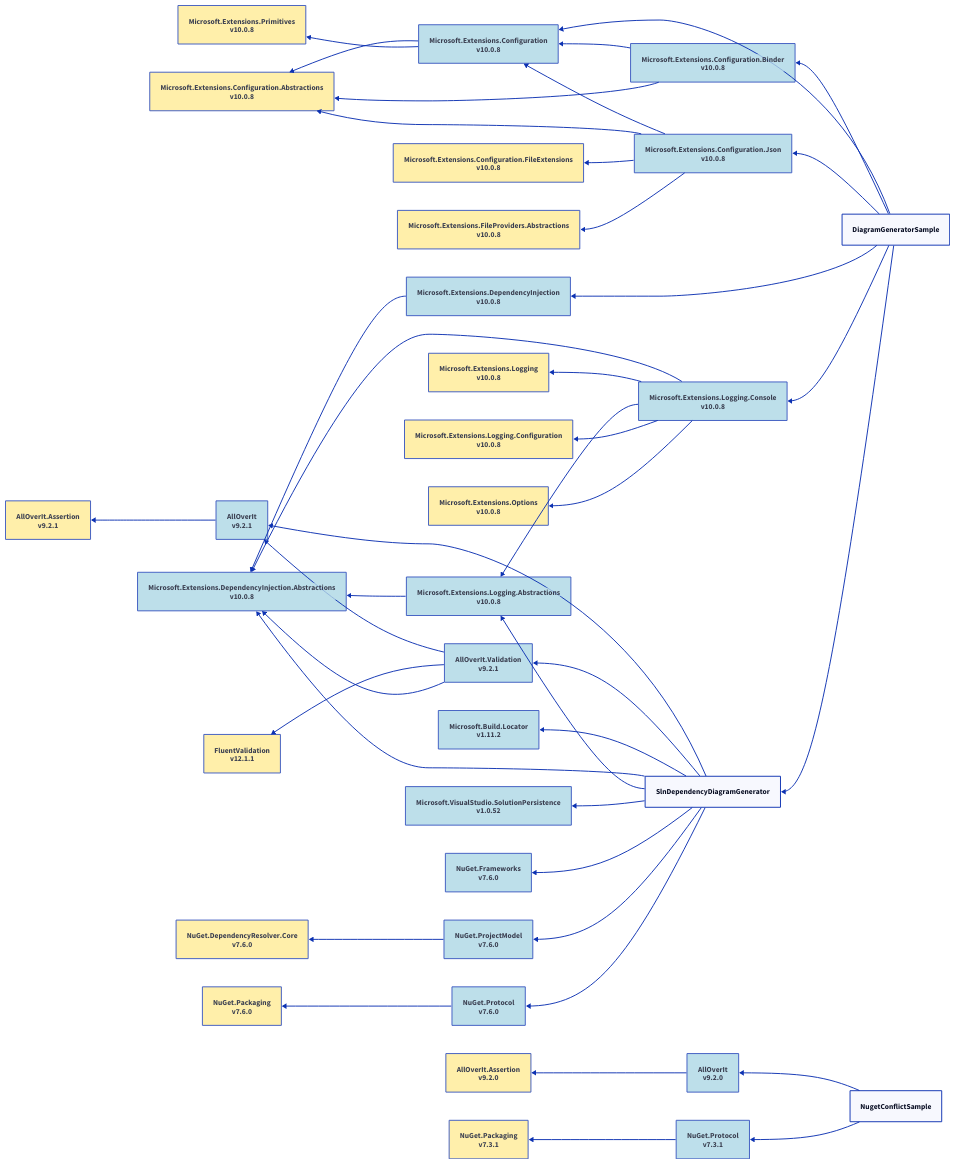
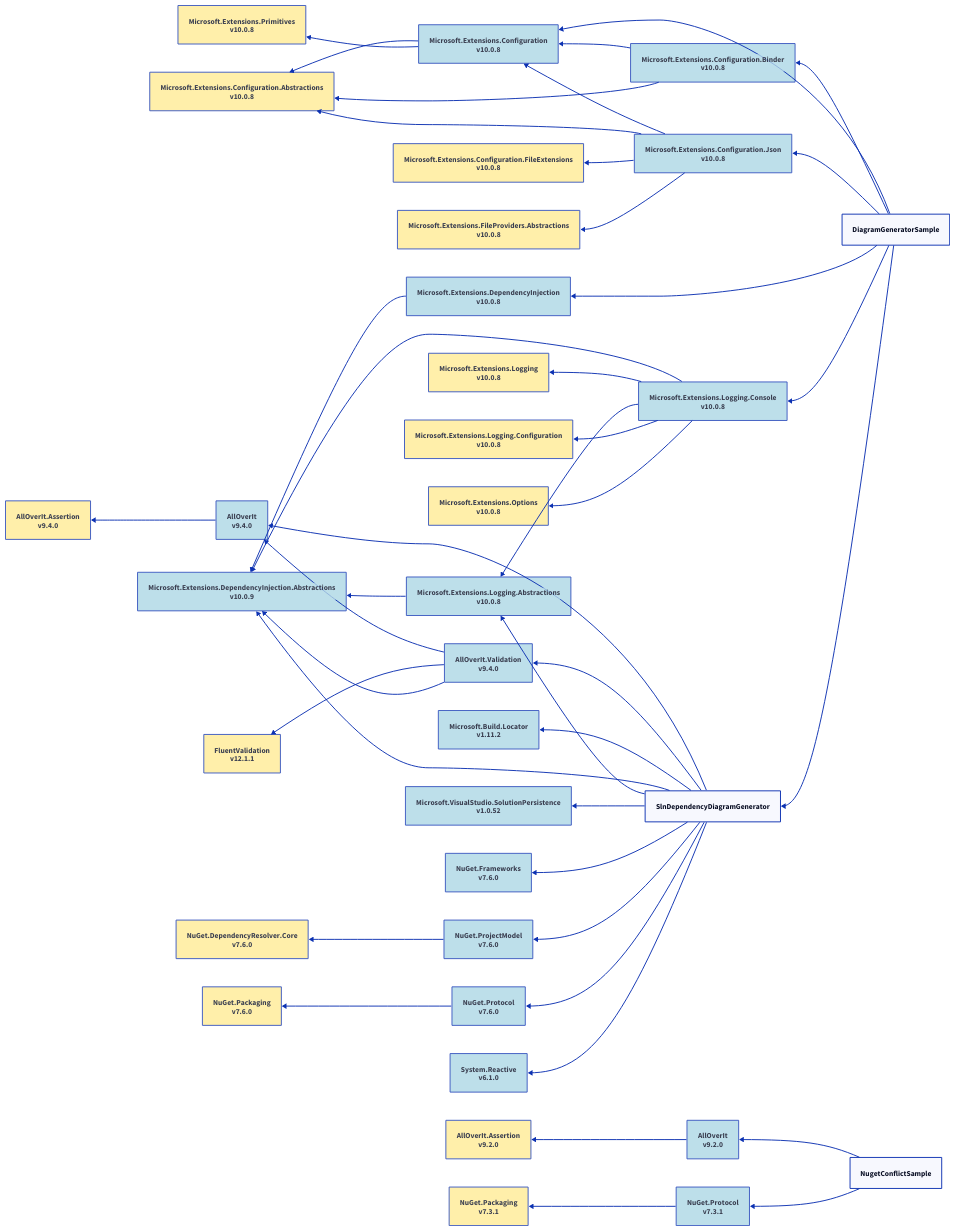
The diagram in Samples/Output/net10.0/d2/dependency-diagram-generator-all.d2 (mjfreelancing/SlnDependencyDiagramGenerator), drawn with D2 before and after one commit. The commit also changed 62 other files, not shown here.

Commit message:
Sample diagram updates

```diff
--- a/Samples/Output/net10.0/d2/dependency-diagram-generator-all.d2
+++ b/Samples/Output/net10.0/d2/dependency-diagram-generator-all.d2
@@ -1,132 +1,136 @@
 direction: left
 
 diagramgeneratorsample: DiagramGeneratorSample
 microsoft-extensions-configuration_10-0-8: Microsoft.Extensions.Configuration\nv10.0.8
 microsoft-extensions-configuration-abstractions_10-0-8: Microsoft.Extensions.Configuration.Abstractions\nv10.0.8
 microsoft-extensions-primitives_10-0-8: Microsoft.Extensions.Primitives\nv10.0.8
 microsoft-extensions-configuration-binder_10-0-8: Microsoft.Extensions.Configuration.Binder\nv10.0.8
 microsoft-extensions-configuration-json_10-0-8: Microsoft.Extensions.Configuration.Json\nv10.0.8
 microsoft-extensions-configuration-fileextensions_10-0-8: Microsoft.Extensions.Configuration.FileExtensions\nv10.0.8
 microsoft-extensions-fileproviders-abstractions_10-0-8: Microsoft.Extensions.FileProviders.Abstractions\nv10.0.8
 microsoft-extensions-dependencyinjection_10-0-8: Microsoft.Extensions.DependencyInjection\nv10.0.8
-microsoft-extensions-dependencyinjection-abstractions_10-0-8: Microsoft.Extensions.DependencyInjection.Abstractions\nv10.0.8
+microsoft-extensions-dependencyinjection-abstractions_10-0-9: Microsoft.Extensions.DependencyInjection.Abstractions\nv10.0.9
 microsoft-extensions-logging-console_10-0-8: Microsoft.Extensions.Logging.Console\nv10.0.8
 microsoft-extensions-logging_10-0-8: Microsoft.Extensions.Logging\nv10.0.8
 microsoft-extensions-logging-abstractions_10-0-8: Microsoft.Extensions.Logging.Abstractions\nv10.0.8
 microsoft-extensions-logging-configuration_10-0-8: Microsoft.Extensions.Logging.Configuration\nv10.0.8
 microsoft-extensions-options_10-0-8: Microsoft.Extensions.Options\nv10.0.8
 slndependencydiagramgenerator: SlnDependencyDiagramGenerator
-alloverit_9-2-1: AllOverIt\nv9.2.1
-alloverit-assertion_9-2-1: AllOverIt.Assertion\nv9.2.1
-alloverit-validation_9-2-1: AllOverIt.Validation\nv9.2.1
+alloverit_9-4-0: AllOverIt\nv9.4.0
+alloverit-assertion_9-4-0: AllOverIt.Assertion\nv9.4.0
+alloverit-validation_9-4-0: AllOverIt.Validation\nv9.4.0
 fluentvalidation_12-1-1: FluentValidation\nv12.1.1
 microsoft-build-locator_1-11-2: Microsoft.Build.Locator\nv1.11.2
 microsoft-visualstudio-solutionpersistence_1-0-52: Microsoft.VisualStudio.SolutionPersistence\nv1.0.52
 nuget-frameworks_7-6-0: NuGet.Frameworks\nv7.6.0
 nuget-projectmodel_7-6-0: NuGet.ProjectModel\nv7.6.0
 nuget-dependencyresolver-core_7-6-0: NuGet.DependencyResolver.Core\nv7.6.0
 nuget-protocol_7-6-0: NuGet.Protocol\nv7.6.0
 nuget-packaging_7-6-0: NuGet.Packaging\nv7.6.0
+system-reactive_6-1-0: System.Reactive\nv6.1.0
 nugetconflictsample: NugetConflictSample
 alloverit_9-2-0: AllOverIt\nv9.2.0
 alloverit-assertion_9-2-0: AllOverIt.Assertion\nv9.2.0
 nuget-protocol_7-3-1: NuGet.Protocol\nv7.3.1
 nuget-packaging_7-3-1: NuGet.Packaging\nv7.3.1
 microsoft-extensions-configuration_10-0-8 <- diagramgeneratorsample
 microsoft-extensions-configuration-abstractions_10-0-8 <- microsoft-extensions-configuration_10-0-8
 microsoft-extensions-primitives_10-0-8 <- microsoft-extensions-configuration_10-0-8
 microsoft-extensions-configuration-binder_10-0-8 <- diagramgeneratorsample
 microsoft-extensions-configuration_10-0-8 <- microsoft-extensions-configuration-binder_10-0-8
 microsoft-extensions-configuration-abstractions_10-0-8 <- microsoft-extensions-configuration-binder_10-0-8
 microsoft-extensions-configuration-json_10-0-8 <- diagramgeneratorsample
 microsoft-extensions-configuration_10-0-8 <- microsoft-extensions-configuration-json_10-0-8
 microsoft-extensions-configuration-abstractions_10-0-8 <- microsoft-extensions-configuration-json_10-0-8
 microsoft-extensions-configuration-fileextensions_10-0-8 <- microsoft-extensions-configuration-json_10-0-8
 microsoft-extensions-fileproviders-abstractions_10-0-8 <- microsoft-extensions-configuration-json_10-0-8
 microsoft-extensions-dependencyinjection_10-0-8 <- diagramgeneratorsample
-microsoft-extensions-dependencyinjection-abstractions_10-0-8 <- microsoft-extensions-dependencyinjection_10-0-8
+microsoft-extensions-dependencyinjection-abstractions_10-0-9 <- microsoft-extensions-dependencyinjection_10-0-8
 microsoft-extensions-logging-console_10-0-8 <- diagramgeneratorsample
-microsoft-extensions-dependencyinjection-abstractions_10-0-8 <- microsoft-extensions-logging-console_10-0-8
+microsoft-extensions-dependencyinjection-abstractions_10-0-9 <- microsoft-extensions-logging-console_10-0-8
 microsoft-extensions-logging_10-0-8 <- microsoft-extensions-logging-console_10-0-8
 microsoft-extensions-logging-abstractions_10-0-8 <- microsoft-extensions-logging-console_10-0-8
 microsoft-extensions-logging-configuration_10-0-8 <- microsoft-extensions-logging-console_10-0-8
 microsoft-extensions-options_10-0-8 <- microsoft-extensions-logging-console_10-0-8
 slndependencydiagramgenerator <- diagramgeneratorsample
-alloverit_9-2-1 <- slndependencydiagramgenerator
-alloverit-assertion_9-2-1 <- alloverit_9-2-1
-alloverit-validation_9-2-1 <- slndependencydiagramgenerator
-alloverit_9-2-1 <- alloverit-validation_9-2-1
-fluentvalidation_12-1-1 <- alloverit-validation_9-2-1
-microsoft-extensions-dependencyinjection-abstractions_10-0-8 <- alloverit-validation_9-2-1
+alloverit_9-4-0 <- slndependencydiagramgenerator
+alloverit-assertion_9-4-0 <- alloverit_9-4-0
+alloverit-validation_9-4-0 <- slndependencydiagramgenerator
+alloverit_9-4-0 <- alloverit-validation_9-4-0
+fluentvalidation_12-1-1 <- alloverit-validation_9-4-0
+microsoft-extensions-dependencyinjection-abstractions_10-0-9 <- alloverit-validation_9-4-0
 microsoft-build-locator_1-11-2 <- slndependencydiagramgenerator
-microsoft-extensions-dependencyinjection-abstractions_10-0-8 <- slndependencydiagramgenerator
+microsoft-extensions-dependencyinjection-abstractions_10-0-9 <- slndependencydiagramgenerator
 microsoft-extensions-logging-abstractions_10-0-8 <- slndependencydiagramgenerator
-microsoft-extensions-dependencyinjection-abstractions_10-0-8 <- microsoft-extensions-logging-abstractions_10-0-8
+microsoft-extensions-dependencyinjection-abstractions_10-0-9 <- microsoft-extensions-logging-abstractions_10-0-8
 microsoft-visualstudio-solutionpersistence_1-0-52 <- slndependencydiagramgenerator
 nuget-frameworks_7-6-0 <- slndependencydiagramgenerator
 nuget-projectmodel_7-6-0 <- slndependencydiagramgenerator
 nuget-dependencyresolver-core_7-6-0 <- nuget-projectmodel_7-6-0
 nuget-protocol_7-6-0 <- slndependencydiagramgenerator
 nuget-packaging_7-6-0 <- nuget-protocol_7-6-0
+system-reactive_6-1-0 <- slndependencydiagramgenerator
 alloverit_9-2-0 <- nugetconflictsample
 alloverit-assertion_9-2-0 <- alloverit_9-2-0
 nuget-protocol_7-3-1 <- nugetconflictsample
 nuget-packaging_7-3-1 <- nuget-protocol_7-3-1
 microsoft-extensions-configuration_10-0-8.style.fill: "#ADD8E6"
 microsoft-extensions-configuration_10-0-8.style.opacity: 0.8
 microsoft-extensions-configuration-abstractions_10-0-8.style.fill: "#FFEC96"
 microsoft-extensions-configuration-abstractions_10-0-8.style.opacity: 0.8
 microsoft-extensions-primitives_10-0-8.style.fill: "#FFEC96"
 microsoft-extensions-primitives_10-0-8.style.opacity: 0.8
 microsoft-extensions-configuration-binder_10-0-8.style.fill: "#ADD8E6"
 microsoft-extensions-configuration-binder_10-0-8.style.opacity: 0.8
 microsoft-extensions-configuration-json_10-0-8.style.fill: "#ADD8E6"
 microsoft-extensions-configuration-json_10-0-8.style.opacity: 0.8
 microsoft-extensions-configuration-fileextensions_10-0-8.style.fill: "#FFEC96"
 microsoft-extensions-configuration-fileextensions_10-0-8.style.opacity: 0.8
 microsoft-extensions-fileproviders-abstractions_10-0-8.style.fill: "#FFEC96"
 microsoft-extensions-fileproviders-abstractions_10-0-8.style.opacity: 0.8
 microsoft-extensions-dependencyinjection_10-0-8.style.fill: "#ADD8E6"
 microsoft-extensions-dependencyinjection_10-0-8.style.opacity: 0.8
-microsoft-extensions-dependencyinjection-abstractions_10-0-8.style.fill: "#ADD8E6"
-microsoft-extensions-dependencyinjection-abstractions_10-0-8.style.opacity: 0.8
+microsoft-extensions-dependencyinjection-abstractions_10-0-9.style.fill: "#ADD8E6"
+microsoft-extensions-dependencyinjection-abstractions_10-0-9.style.opacity: 0.8
 microsoft-extensions-logging-console_10-0-8.style.fill: "#ADD8E6"
 microsoft-extensions-logging-console_10-0-8.style.opacity: 0.8
 microsoft-extensions-logging_10-0-8.style.fill: "#FFEC96"
 microsoft-extensions-logging_10-0-8.style.opacity: 0.8
 microsoft-extensions-logging-abstractions_10-0-8.style.fill: "#ADD8E6"
 microsoft-extensions-logging-abstractions_10-0-8.style.opacity: 0.8
 microsoft-extensions-logging-configuration_10-0-8.style.fill: "#FFEC96"
 microsoft-extensions-logging-configuration_10-0-8.style.opacity: 0.8
 microsoft-extensions-options_10-0-8.style.fill: "#FFEC96"
 microsoft-extensions-options_10-0-8.style.opacity: 0.8
-alloverit_9-2-1.style.fill: "#ADD8E6"
-alloverit_9-2-1.style.opacity: 0.8
-alloverit-assertion_9-2-1.style.fill: "#FFEC96"
-alloverit-assertion_9-2-1.style.opacity: 0.8
-alloverit-validation_9-2-1.style.fill: "#ADD8E6"
-alloverit-validation_9-2-1.style.opacity: 0.8
+alloverit_9-4-0.style.fill: "#ADD8E6"
+alloverit_9-4-0.style.opacity: 0.8
+alloverit-assertion_9-4-0.style.fill: "#FFEC96"
+alloverit-assertion_9-4-0.style.opacity: 0.8
+alloverit-validation_9-4-0.style.fill: "#ADD8E6"
+alloverit-validation_9-4-0.style.opacity: 0.8
 fluentvalidation_12-1-1.style.fill: "#FFEC96"
 fluentvalidation_12-1-1.style.opacity: 0.8
 microsoft-build-locator_1-11-2.style.fill: "#ADD8E6"
 microsoft-build-locator_1-11-2.style.opacity: 0.8
 microsoft-visualstudio-solutionpersistence_1-0-52.style.fill: "#ADD8E6"
 microsoft-visualstudio-solutionpersistence_1-0-52.style.opacity: 0.8
 nuget-frameworks_7-6-0.style.fill: "#ADD8E6"
 nuget-frameworks_7-6-0.style.opacity: 0.8
 nuget-projectmodel_7-6-0.style.fill: "#ADD8E6"
 nuget-projectmodel_7-6-0.style.opacity: 0.8
 nuget-dependencyresolver-core_7-6-0.style.fill: "#FFEC96"
 nuget-dependencyresolver-core_7-6-0.style.opacity: 0.8
 nuget-protocol_7-6-0.style.fill: "#ADD8E6"
 nuget-protocol_7-6-0.style.opacity: 0.8
 nuget-packaging_7-6-0.style.fill: "#FFEC96"
 nuget-packaging_7-6-0.style.opacity: 0.8
+system-reactive_6-1-0.style.fill: "#ADD8E6"
+system-reactive_6-1-0.style.opacity: 0.8
 alloverit_9-2-0.style.fill: "#ADD8E6"
 alloverit_9-2-0.style.opacity: 0.8
 alloverit-assertion_9-2-0.style.fill: "#FFEC96"
 alloverit-assertion_9-2-0.style.opacity: 0.8
 nuget-protocol_7-3-1.style.fill: "#ADD8E6"
 nuget-protocol_7-3-1.style.opacity: 0.8
 nuget-packaging_7-3-1.style.fill: "#FFEC96"
 nuget-packaging_7-3-1.style.opacity: 0.8
```
